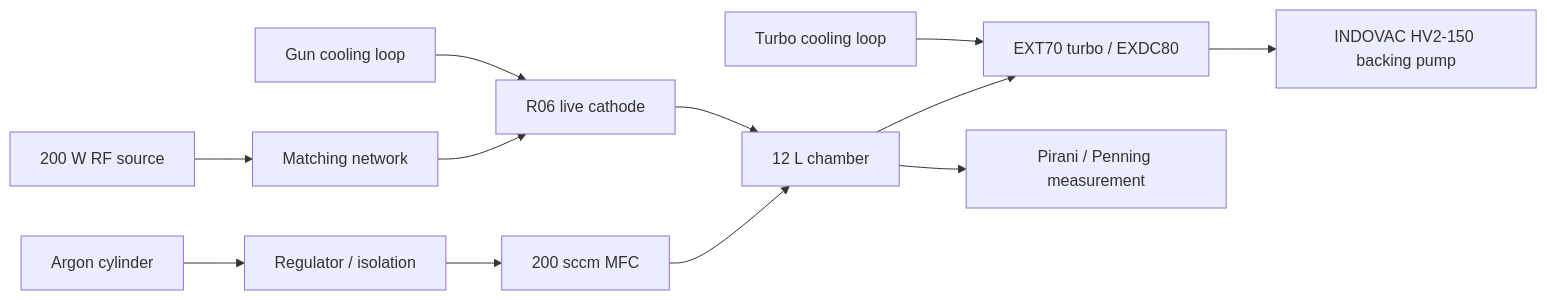
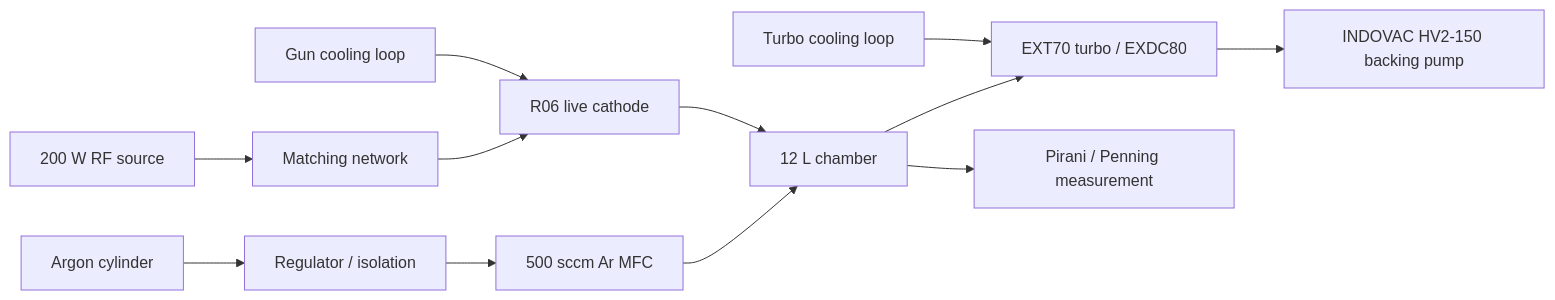
One commit to aryammanb/sputter changed the diagram in docs/system.md. Above: the diagram before and after it, drawn with Mermaid. The commit also changed 107 other files, not shown here.

````diff
--- a/docs/system.md
+++ b/docs/system.md
@@ -5,14 +5,14 @@
 ```mermaid
 flowchart LR
   Ar[Argon cylinder] --> Reg[Regulator / isolation]
-  Reg --> MFC[200 sccm MFC]
+  Reg --> MFC[500 sccm Ar MFC]
   MFC --> C[12 L chamber]
   C --> T[EXT70 turbo / EXDC80]
   T --> B[INDOVAC HV2-150 backing pump]
   RF[200 W RF source] --> Match[Matching network]
   Match --> Gun[R06 live cathode]
   Gun --> C
   GCool[Gun cooling loop] --> Gun
   TCool[Turbo cooling loop] --> T
   C --> Gauges[Pirani / Penning measurement]
 ```
````
